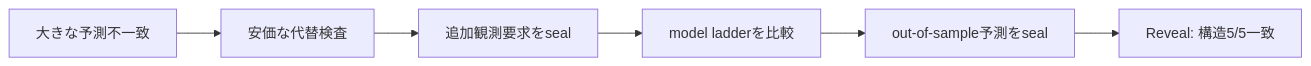
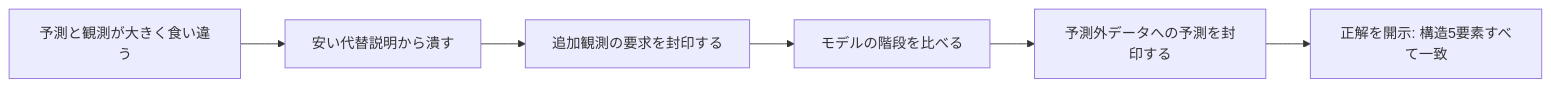
One commit to kbmt327-dev/scientific-os-research changed the diagram in content/ja/research/simulation-worlds/index.md. Above: the diagram before and after it, drawn with Mermaid. The commit also changed other lines of this file and 45 other files, not shown here.

````diff
--- a/content/ja/research/simulation-worlds/index.md
+++ b/content/ja/research/simulation-worlds/index.md
@@ -41,8 +49,8 @@
 ```mermaid
 flowchart LR
-  O[大きな予測不一致] --> T[安価な代替検査]
-  T --> Q[追加観測要求をseal]
-  Q --> L[model ladderを比較]
-  L --> P[out-of-sample予測をseal]
-  P --> R[Reveal: 構造5/5一致]
+  O[予測と観測が大きく食い違う] --> T[安い代替説明から潰す]
+  T --> Q[追加観測の要求を封印する]
+  Q --> L[モデルの階段を比べる]
+  L --> P[予測外データへの予測を封印する]
+  P --> R[正解を開示: 構造5要素すべて一致]
 ```
````
